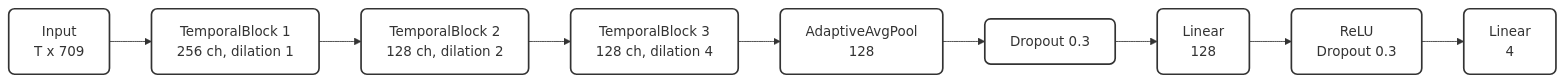
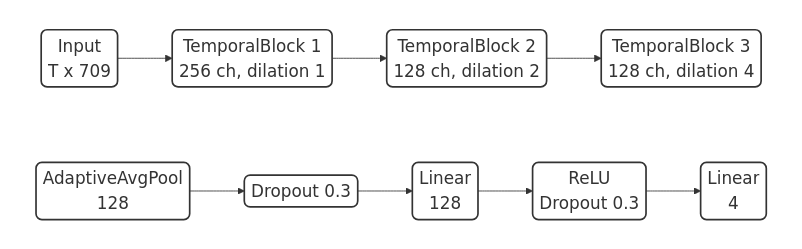
One commit to hoa2004st/CNN-in-CMOSE changed the second of 12 diagrams in documents/thesis/diagrams_mermaid.md. Above: the diagram before and after it, drawn with Mermaid. The commit also changed other lines of this file and 29 other files, not shown here.

Commit message:
re-draw diagram, remove line wrap

````diff
--- a/documents/thesis/diagrams_mermaid.md
+++ b/documents/thesis/diagrams_mermaid.md
@@ -37,13 +57,24 @@
 ```mermaid
-flowchart LR
-    A["Input\nT x 709"] --> B["TemporalBlock 1\n256 ch, dilation 1"]
-    B --> C["TemporalBlock 2\n128 ch, dilation 2"]
-    C --> D["TemporalBlock 3\n128 ch, dilation 4"]
-    D --> E["AdaptiveAvgPool\n 128"]
-    E --> F["Dropout 0.3"]
-    F --> G["Linear \n 128"]
-    G --> H["ReLU\nDropout 0.3"]
-    H --> I["Linear\n 4"]
-
+---
+config:
+  themeVariables:
+    fontSize: 20px
+  flowchart:
+    padding: 4
+    nodeSpacing: 30
+    rankSpacing: 40
+---
+flowchart TB
+    subgraph r1[" "]
+      direction LR
+      A["Input\nT x 709"] --> B["TemporalBlock 1\n256 ch, dilation 1"] --> C["TemporalBlock 2\n128 ch, dilation 2"] --> D["TemporalBlock 3\n128 ch, dilation 4"]
+    end
+    subgraph r2[" "]
+      direction LR
+      E["AdaptiveAvgPool\n 128"] --> F["Dropout 0.3"] --> G["Linear \n 128"] --> H["ReLU\nDropout 0.3"] --> I["Linear\n 4"]
+    end
+    r1 ~~~ r2
+    style r1 fill:none,stroke:none
+    style r2 fill:none,stroke:none
     classDef default fill:#ffffff,stroke:#333,stroke-width:2px,rx:7px,ry:7px
 ```
````
